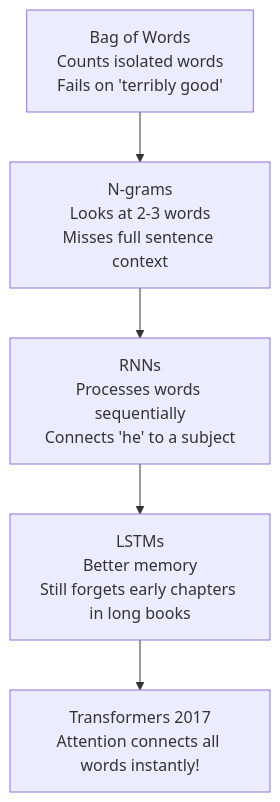
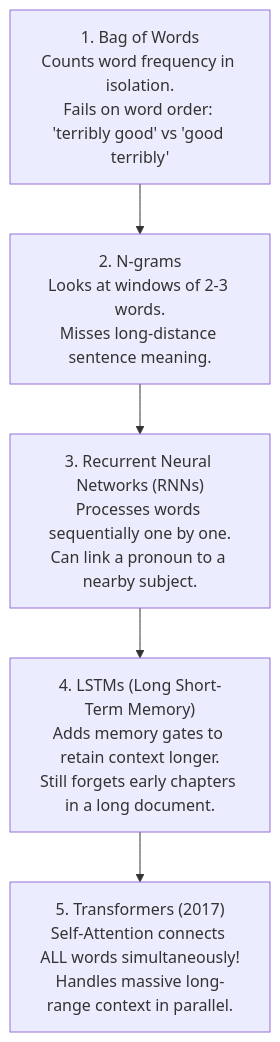
The second of 2 diagrams in Nameste-AI/Season_01/01_The_Evolution_of_AI.md (Nishant8826/theory-leaning), drawn with Mermaid before and after one commit. The commit also changed other lines of this file and 8 other files, not shown here.

````diff
--- a/Nameste-AI/Season_01/01_The_Evolution_of_AI.md
+++ b/Nameste-AI/Season_01/01_The_Evolution_of_AI.md
@@ -217,7 +259,7 @@
 ```mermaid
 flowchart TD
-    A[Bag of Words\nCounts isolated words\nFails on 'terribly good'] --> B[N-grams\nLooks at 2-3 words\nMisses full sentence context]
-    B --> C[RNNs\nProcesses words sequentially\nConnects 'he' to a subject]
-    C --> D[LSTMs\nBetter memory\nStill forgets early chapters in long books]
-    D --> E[Transformers 2017\nAttention connects all words instantly!]
+    A["1. Bag of Words\nCounts word frequency in isolation.\nFails on word order: 'terribly good' vs 'good terribly'"] --> B["2. N-grams\nLooks at windows of 2-3 words.\nMisses long-distance sentence meaning."]
+    B --> C["3. Recurrent Neural Networks (RNNs)\nProcesses words sequentially one by one.\nCan link a pronoun to a nearby subject."]
+    C --> D["4. LSTMs (Long Short-Term Memory)\nAdds memory gates to retain context longer.\nStill forgets early chapters in a long document."]
+    D --> E["5. Transformers (2017)\nSelf-Attention connects ALL words simultaneously!\nHandles massive long-range context in parallel."]
 ```
````
